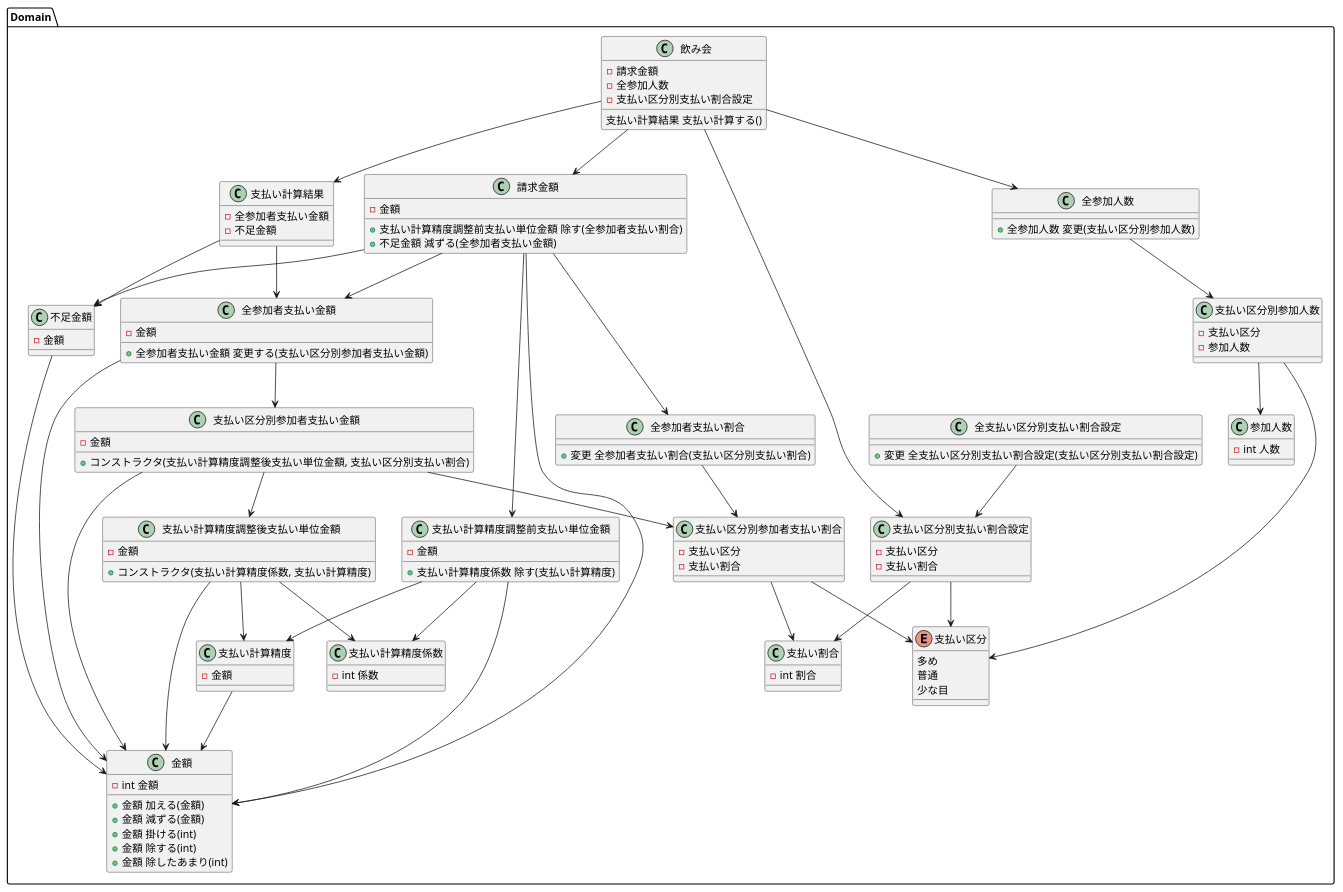
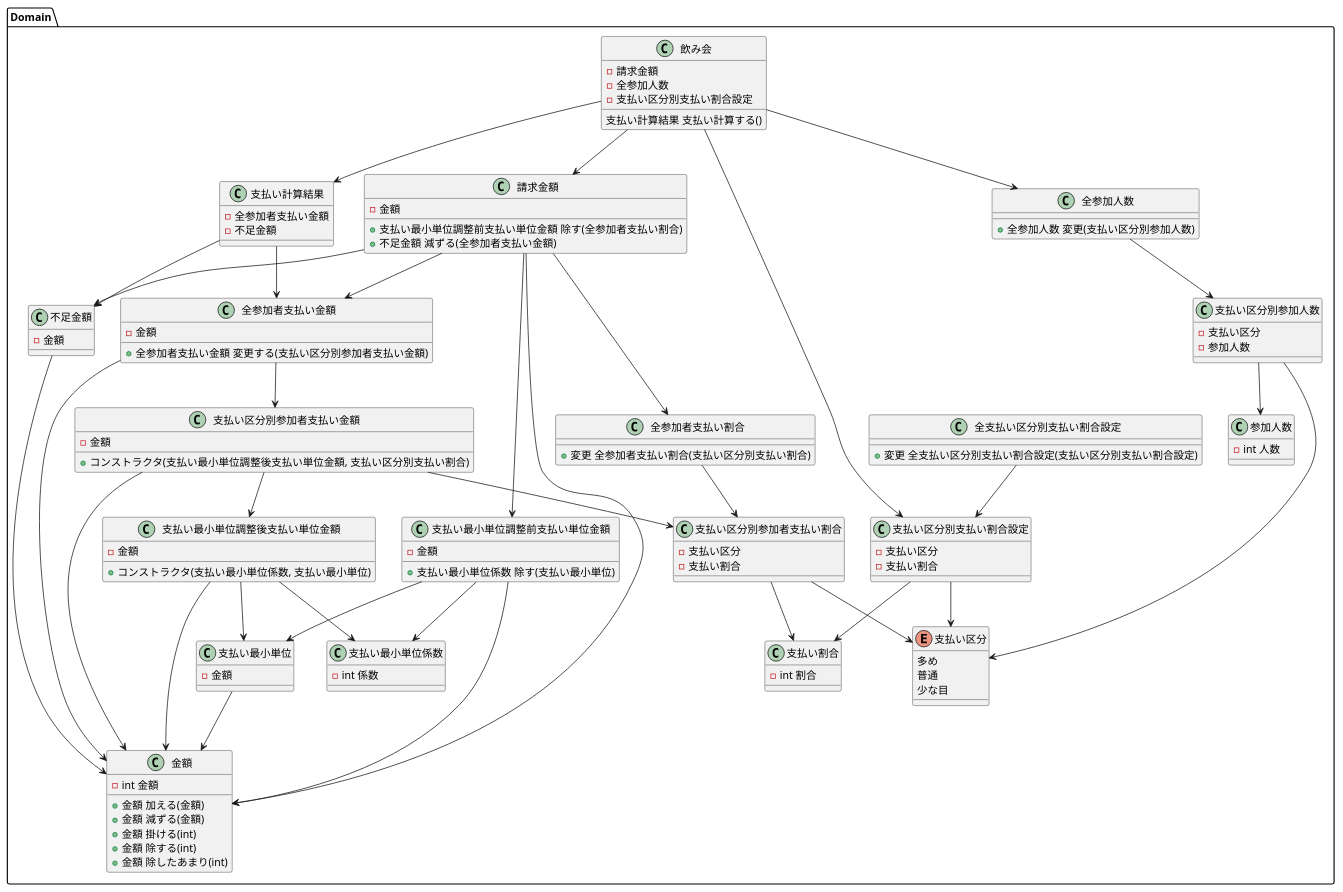
The diagram in docs/モデル.puml (burobo/warikan), drawn with PlantUML before and after one commit. The commit also changed 1 other file, not shown here.

```diff
--- a/docs/モデル.puml
+++ b/docs/モデル.puml
@@ -1,151 +1,151 @@
 @startuml model
 package Domain {
 
     class 支払い計算結果 {
         - 全参加者支払い金額
         - 不足金額
     }
 
     class 金額 {
         - int 金額
         + 金額 加える(金額)
         + 金額 減ずる(金額)
         + 金額 掛ける(int)
         + 金額 除する(int)
         + 金額 除したあまり(int)
     }
 
     class 請求金額 {
         - 金額
-        + 支払い計算精度調整前支払い単位金額 除す(全参加者支払い割合)
+        + 支払い最小単位調整前支払い単位金額 除す(全参加者支払い割合)
         + 不足金額 減ずる(全参加者支払い金額)
     }
 
     class 全参加者支払い金額 {
         - 金額
         + 全参加者支払い金額 変更する(支払い区分別参加者支払い金額)
     }
 
     class 支払い区分別参加者支払い金額 {
         - 金額
-        + コンストラクタ(支払い計算精度調整後支払い単位金額, 支払い区分別支払い割合)
+        + コンストラクタ(支払い最小単位調整後支払い単位金額, 支払い区分別支払い割合)
     }
 
     class 不足金額 {
         - 金額
     }
 
-    class 支払い計算精度調整前支払い単位金額 {
+    class 支払い最小単位調整前支払い単位金額 {
         - 金額
-        + 支払い計算精度係数 除す(支払い計算精度)
+        + 支払い最小単位係数 除す(支払い最小単位)
     }
 
-    class 支払い計算精度調整後支払い単位金額 {
+    class 支払い最小単位調整後支払い単位金額 {
         - 金額
-        + コンストラクタ(支払い計算精度係数, 支払い計算精度)
+        + コンストラクタ(支払い最小単位係数, 支払い最小単位)
     }
 
-    class 支払い計算精度 {
+    class 支払い最小単位 {
         - 金額
     }
 
-    class 支払い計算精度係数 {
+    class 支払い最小単位係数 {
         - int 係数
     }
         
     enum 支払い区分 {
         多め
         普通
         少な目
     }
 
     class 支払い割合 {
         - int 割合
     }
 
     class 支払い区分別支払い割合設定 {
         - 支払い区分
         - 支払い割合
     }
 
     class 全支払い区分別支払い割合設定 {
         + 変更 全支払い区分別支払い割合設定(支払い区分別支払い割合設定)
     }
 
     class 支払い区分別参加者支払い割合 {
         - 支払い区分
         - 支払い割合
     }
 
     class 全参加者支払い割合 {
         + 変更 全参加者支払い割合(支払い区分別支払い割合)
     }
 
     class 飲み会 {
         - 請求金額
         - 全参加人数
         - 支払い区分別支払い割合設定
         支払い計算結果 支払い計算する()
     }
 
     class 参加人数 {
         - int 人数
     }
 
     class 支払い区分別参加人数 {
         - 支払い区分
         - 参加人数
     }
 
     class 全参加人数 {
         + 全参加人数 変更(支払い区分別参加人数)
     }
 }
 
 支払い計算結果 --> 全参加者支払い金額
 支払い計算結果 --> 不足金額
 
-請求金額 --> 支払い計算精度調整前支払い単位金額
+請求金額 --> 支払い最小単位調整前支払い単位金額
 請求金額 --> 全参加者支払い割合
 請求金額 --> 全参加者支払い金額
 請求金額 --> 不足金額
 
-支払い区分別参加者支払い金額 --> 支払い計算精度調整後支払い単位金額
+支払い区分別参加者支払い金額 --> 支払い最小単位調整後支払い単位金額
 支払い区分別参加者支払い金額 --> 支払い区分別参加者支払い割合
 
 全参加者支払い金額 --> 支払い区分別参加者支払い金額
 
-支払い計算精度調整前支払い単位金額 --> 支払い計算精度係数
-支払い計算精度調整前支払い単位金額 --> 支払い計算精度
+支払い最小単位調整前支払い単位金額 --> 支払い最小単位係数
+支払い最小単位調整前支払い単位金額 --> 支払い最小単位
 
-支払い計算精度調整後支払い単位金額 --> 支払い計算精度係数
-支払い計算精度調整後支払い単位金額 --> 支払い計算精度
+支払い最小単位調整後支払い単位金額 --> 支払い最小単位係数
+支払い最小単位調整後支払い単位金額 --> 支払い最小単位
 
 支払い区分別支払い割合設定 --> 支払い区分
 支払い区分別支払い割合設定 --> 支払い割合
 
 全支払い区分別支払い割合設定 --> 支払い区分別支払い割合設定
 
 支払い区分別参加者支払い割合 --> 支払い区分
 支払い区分別参加者支払い割合 --> 支払い割合
 
 全参加者支払い割合 --> 支払い区分別参加者支払い割合
 
 飲み会 --> 支払い計算結果
 飲み会 --> 請求金額
 飲み会 --> 全参加人数
 飲み会 --> 支払い区分別支払い割合設定
 
 支払い区分別参加人数 --> 支払い区分
 支払い区分別参加人数 --> 参加人数
 
 全参加人数 --> 支払い区分別参加人数
 
 請求金額 --> 金額
 全参加者支払い金額 --> 金額
 支払い区分別参加者支払い金額 --> 金額
 不足金額 --> 金額
-支払い計算精度調整前支払い単位金額 --> 金額
-支払い計算精度調整後支払い単位金額 --> 金額
-支払い計算精度 --> 金額
+支払い最小単位調整前支払い単位金額 --> 金額
+支払い最小単位調整後支払い単位金額 --> 金額
+支払い最小単位 --> 金額
 @enduml
```
